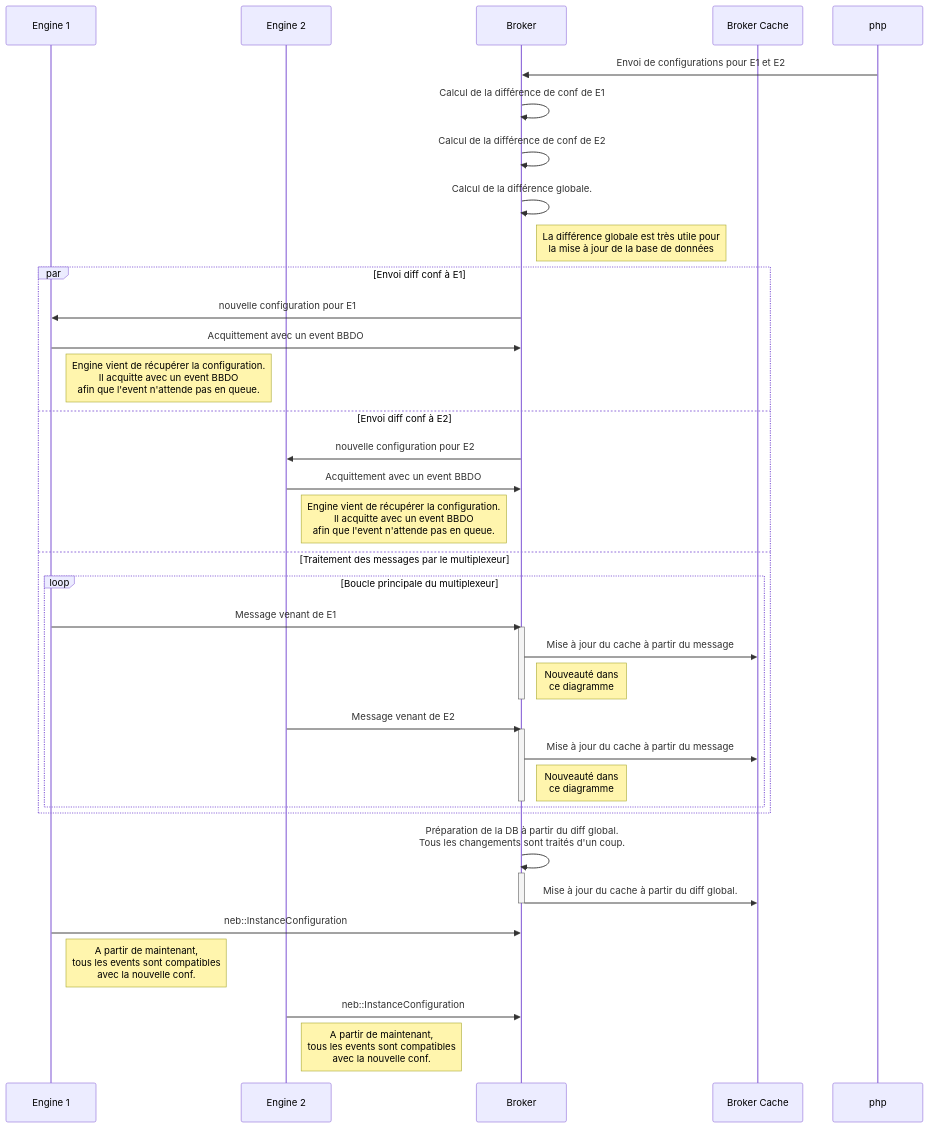
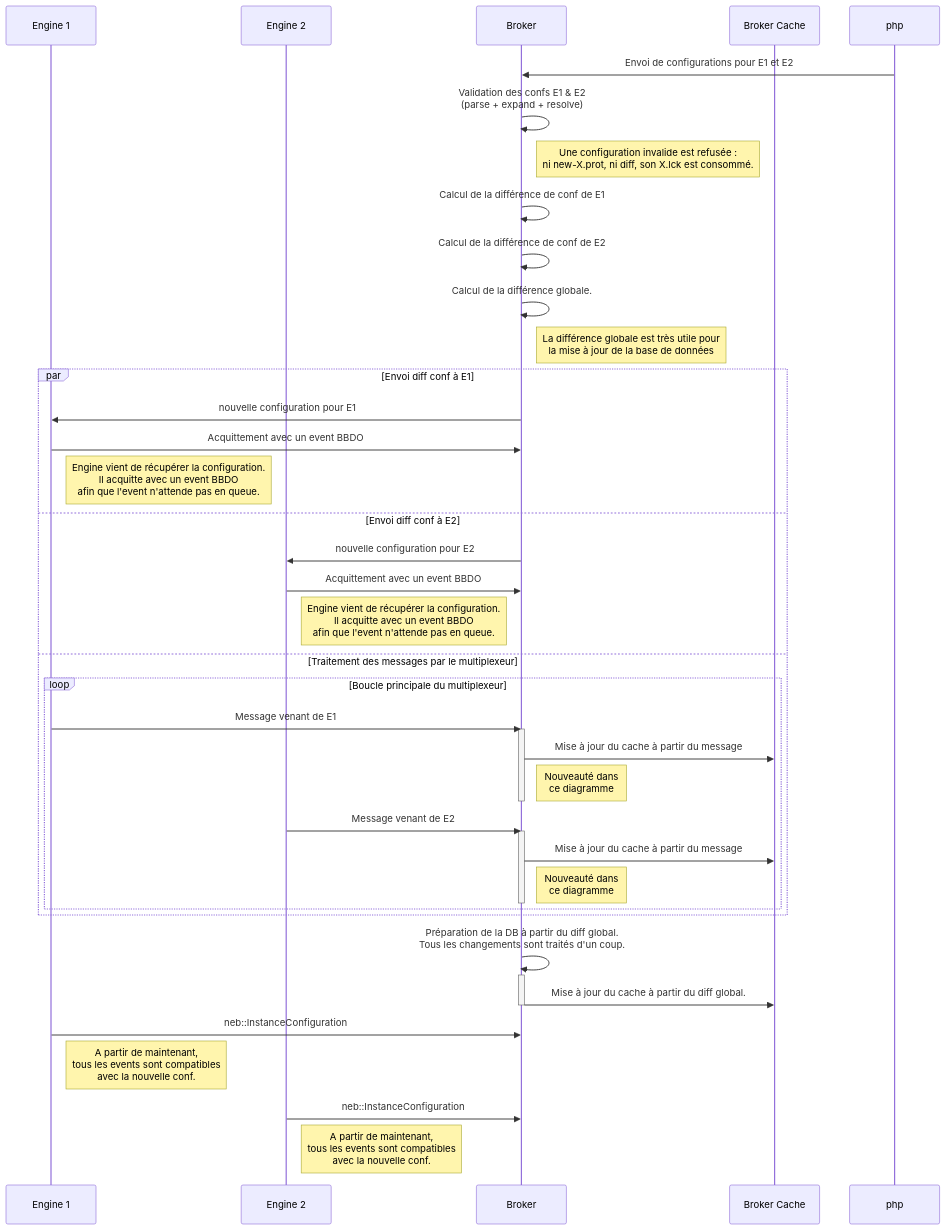
Before and after one commit to centreon/centreon-collect: diagram 21 of 40 in doc/nego-engine-broker-fr.md, drawn with Mermaid. The commit also changed other lines of this file and 1 other file, not shown here.

````diff
--- a/doc/nego-engine-broker-fr.md
+++ b/doc/nego-engine-broker-fr.md
@@ -1736,44 +1823,46 @@
 ```mermaid
 sequenceDiagram
     participant E1 as Engine 1
     participant E2 as Engine 2
     participant B as Broker
     participant C as Broker Cache
     participant php
     php ->> B: Envoi de configurations pour E1 et E2
+    B ->> B: Validation des confs E1 & E2<br/>(parse + expand + resolve)
+    Note right of B: Une configuration invalide est refusée :<br/>ni new-X.prot, ni diff, son X.lck est consommé.
     B ->> B: Calcul de la différence de conf de E1
     B ->> B: Calcul de la différence de conf de E2
     B ->> B: Calcul de la différence globale.
     Note right of B: La différence globale est très utile pour<br/>la mise à jour de la base de données
     par Envoi diff conf à E1
         B ->> E1: nouvelle configuration pour E1
         E1 ->> B: Acquittement avec un event BBDO
         Note right of E1: Engine vient de récupérer la configuration.<br/> Il acquitte avec un event BBDO<br/>afin que l'event n'attende pas en queue.
     and Envoi diff conf à E2
         B ->> E2: nouvelle configuration pour E2
         E2 ->> B: Acquittement avec un event BBDO
         Note right of E2: Engine vient de récupérer la configuration.<br/> Il acquitte avec un event BBDO<br/>afin que l'event n'attende pas en queue.
     and Traitement des messages par le multiplexeur
         loop Boucle principale du multiplexeur
             E1 ->> B: Message venant de E1
             activate B
             B ->> C: Mise à jour du cache à partir du message
             Note right of B: Nouveauté dans<br/>ce diagramme
             deactivate B
             E2 ->> B: Message venant de E2
             activate B
             B ->> C: Mise à jour du cache à partir du message
             Note right of B: Nouveauté dans<br/>ce diagramme
             deactivate B
         end
     end
 
     B ->> B: Préparation de la DB à partir du diff global.<br/>Tous les changements sont traités d'un coup.
     activate B
     B ->> C: Mise à jour du cache à partir du diff global.
     deactivate B
     E1 ->> B: neb::InstanceConfiguration
     Note right of E1: A partir de maintenant,<br/> tous les events sont compatibles<br/> avec la nouvelle conf.
     E2 ->> B: neb::InstanceConfiguration
     Note right of E2: A partir de maintenant,<br/> tous les events sont compatibles<br/> avec la nouvelle conf.
 ```
````
